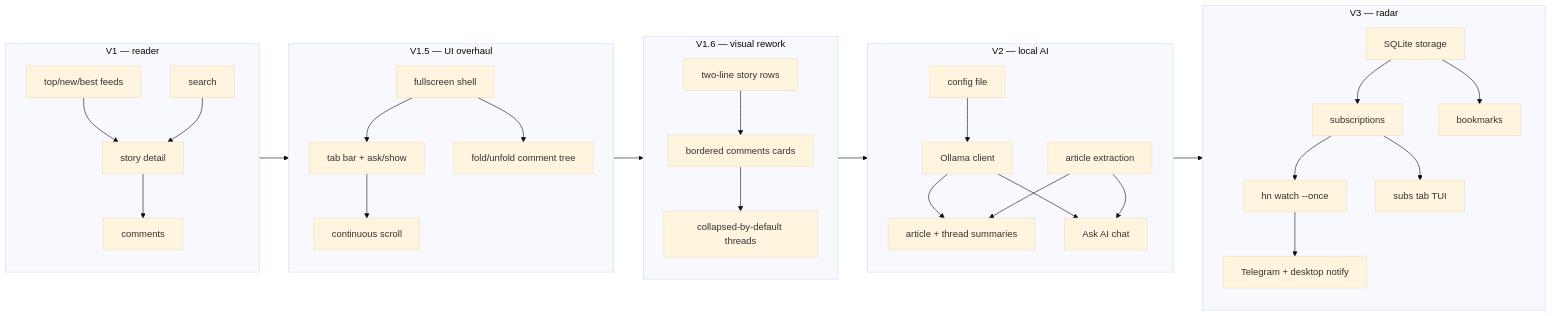
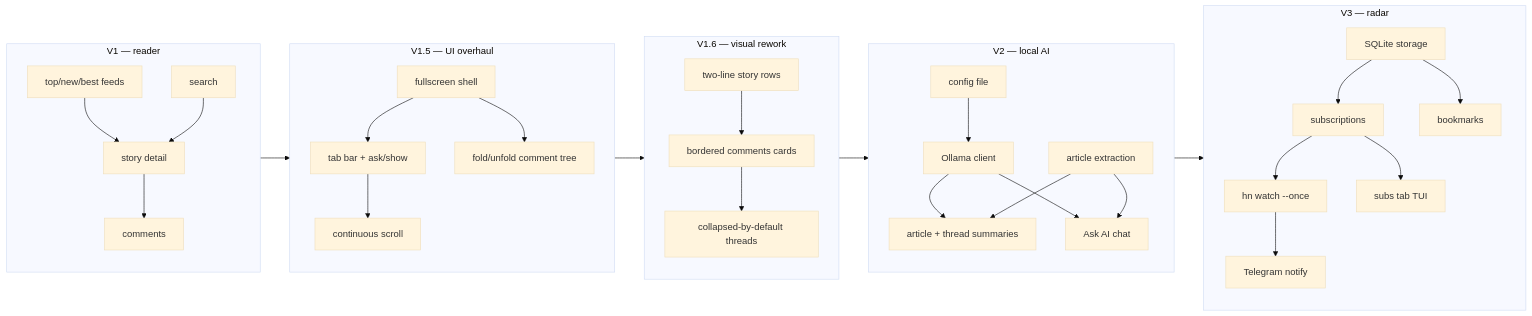
One commit to navinrc/hn-bits changed the diagram in specs/README.md. Above: the diagram before and after it, drawn with Mermaid (base theme). The commit also changed other lines of this file and 7 other files, not shown here.

First line of the commit message:
docs(specs): extract desktop notify to v3.5, discord to v3.6; add v3.1 theme config

````diff
--- a/specs/README.md
+++ b/specs/README.md
@@ -17,30 +21,30 @@
 ```mermaid
 flowchart LR
     subgraph V1 [V1 — reader]
         A[top/new/best feeds] --> B[story detail] --> C[comments]
         S[search] --> B
     end
     subgraph V15 [V1.5 — UI overhaul]
         U[fullscreen shell] --> V[tab bar + ask/show]
         V --> W[continuous scroll]
         U --> X[fold/unfold comment tree]
     end
     subgraph V16 [V1.6 — visual rework]
         Y[two-line story rows] --> Z[bordered comments cards]
         Z --> AA[collapsed-by-default threads]
     end
     subgraph V2 [V2 — local AI]
         D[config file] --> E[Ollama client]
         E --> F[article + thread summaries]
         E --> G[Ask AI chat]
         H[article extraction] --> F & G
     end
     subgraph V3 [V3 — radar]
         I[SQLite storage] --> J[subscriptions]
         J --> K[hn watch --once]
-        K --> L[Telegram + desktop notify]
+        K --> L[Telegram notify]
         J --> N[subs tab TUI]
         I --> M[bookmarks]
     end
     V1 --> V15 --> V16 --> V2 --> V3
 ```
````
